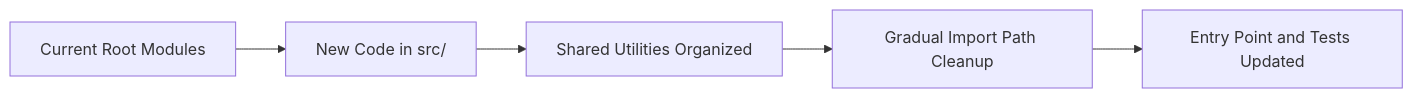
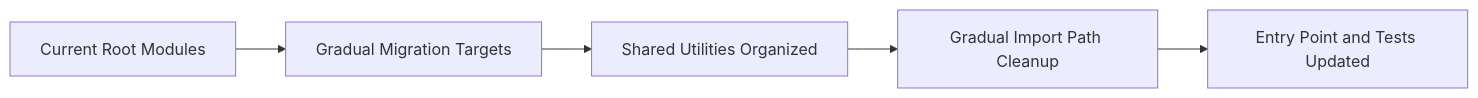
The seventh of 7 diagrams in doc/system-design.md (messpy/Kenny-bot), drawn with Mermaid before and after one commit. The commit also changed other lines of this file and 8 other files, not shown here.

````diff
--- a/doc/system-design.md
+++ b/doc/system-design.md
@@ -260,7 +262,7 @@
 ```mermaid
 flowchart LR
-    A[Current Root Modules] --> B[New Code in src/]
+    A[Current Root Modules] --> B[Gradual Migration Targets]
     B --> C[Shared Utilities Organized]
     C --> D[Gradual Import Path Cleanup]
     D --> E[Entry Point and Tests Updated]
 ```
````
